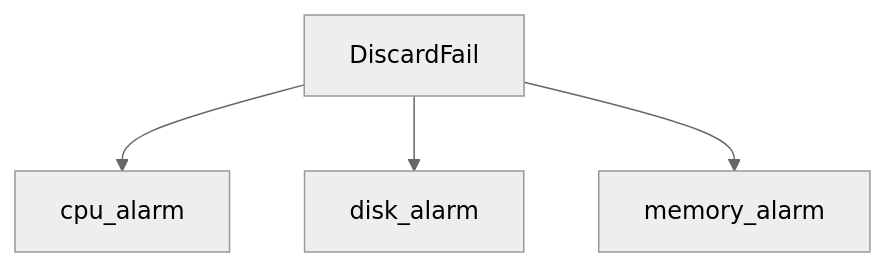
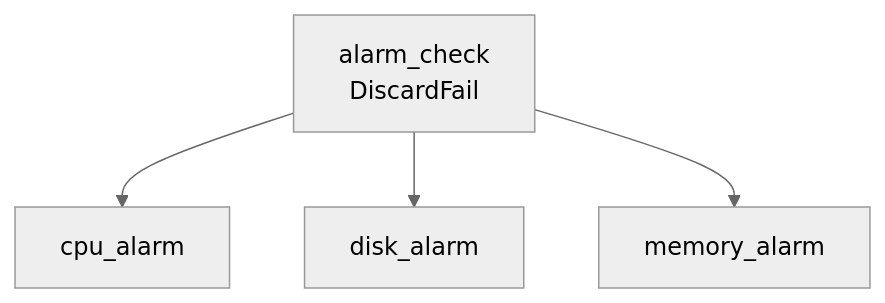
Before and after one commit to ezachrisen/indigo: the third of 3 diagrams in guide.md, drawn with Mermaid (neutral theme).

````diff
--- a/guide.md
+++ b/guide.md
@@ -1942,7 +1942,7 @@
 ```mermaid
 graph TD;
 
-alarm_check[DiscardFail] --> cpu_alarm;
+alarm_check[alarm_check<br>DiscardFail] --> cpu_alarm;
 alarm_check --> disk_alarm;
 alarm_check --> memory_alarm;
 ```
````
